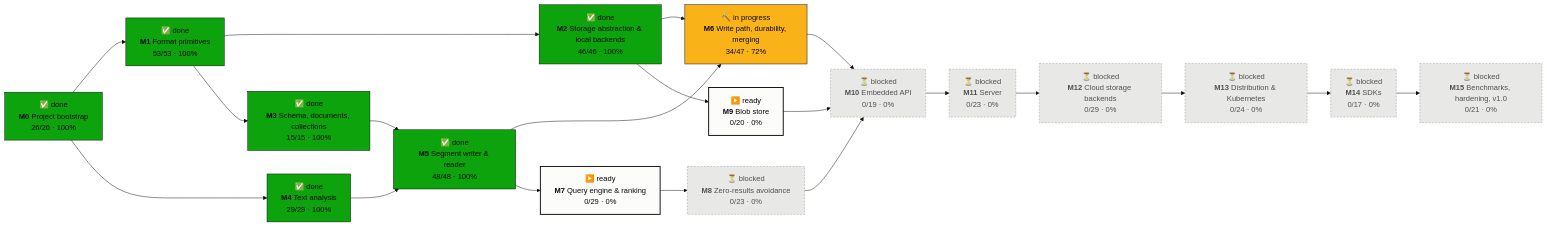
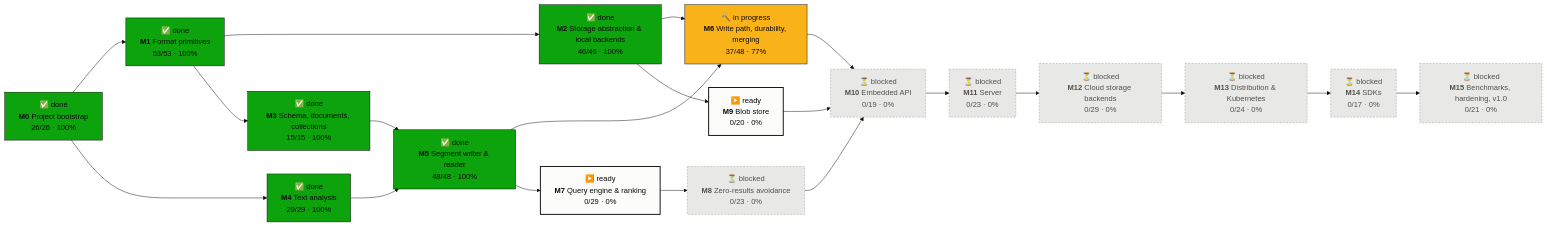
One commit to tomiok/persiaDB changed the first of 2 diagrams in PROGRESS.md. Above: the diagram before and after it, drawn with Mermaid (base theme). The commit also changed other lines of this file and 22 other files, not shown here.

First line of the commit message:
Schema change and drop through commit, emptied segments removed, verify exit codes (ROADMAP 6.3.10, 6.4.6, 6.6.7) (#45)

````diff
--- a/PROGRESS.md
+++ b/PROGRESS.md
@@ -16,42 +16,42 @@
 ```mermaid
 flowchart LR
   M0["✅ done<br/><b>M0</b> Project bootstrap<br/>26/26 · 100%"]:::done
   M1["✅ done<br/><b>M1</b> Format primitives<br/>53/53 · 100%"]:::done
   M2["✅ done<br/><b>M2</b> Storage abstraction & local backends<br/>46/46 · 100%"]:::done
   M3["✅ done<br/><b>M3</b> Schema, documents, collections<br/>15/15 · 100%"]:::done
   M4["✅ done<br/><b>M4</b> Text analysis<br/>29/29 · 100%"]:::done
   M5["✅ done<br/><b>M5</b> Segment writer & reader<br/>48/48 · 100%"]:::done
-  M6["🔨 in progress<br/><b>M6</b> Write path, durability, merging<br/>34/47 · 72%"]:::doing
+  M6["🔨 in progress<br/><b>M6</b> Write path, durability, merging<br/>37/48 · 77%"]:::doing
   M7["▶️ ready<br/><b>M7</b> Query engine & ranking<br/>0/29 · 0%"]:::ready
   M8["⏳ blocked<br/><b>M8</b> Zero-results avoidance<br/>0/23 · 0%"]:::blocked
   M9["▶️ ready<br/><b>M9</b> Blob store<br/>0/20 · 0%"]:::ready
   M10["⏳ blocked<br/><b>M10</b> Embedded API<br/>0/19 · 0%"]:::blocked
   M11["⏳ blocked<br/><b>M11</b> Server<br/>0/23 · 0%"]:::blocked
   M12["⏳ blocked<br/><b>M12</b> Cloud storage backends<br/>0/29 · 0%"]:::blocked
   M13["⏳ blocked<br/><b>M13</b> Distribution & Kubernetes<br/>0/24 · 0%"]:::blocked
   M14["⏳ blocked<br/><b>M14</b> SDKs<br/>0/17 · 0%"]:::blocked
   M15["⏳ blocked<br/><b>M15</b> Benchmarks, hardening, v1.0<br/>0/21 · 0%"]:::blocked
   M0 --> M1
   M1 --> M2
   M1 --> M3
   M0 --> M4
   M3 --> M5
   M4 --> M5
   M2 --> M6
   M5 --> M6
   M5 --> M7
   M7 --> M8
   M2 --> M9
   M6 --> M10
   M8 --> M10
   M9 --> M10
   M10 --> M11
   M11 --> M12
   M12 --> M13
   M13 --> M14
   M14 --> M15
   classDef done fill:#0ca30c,stroke:#0b0b0b,color:#0b0b0b
   classDef doing fill:#fab219,stroke:#0b0b0b,color:#0b0b0b
   classDef ready fill:#fcfcfb,stroke:#0b0b0b,stroke-width:2px,color:#0b0b0b
   classDef blocked fill:#e8e8e6,stroke:#9a9a96,stroke-dasharray:4 3,color:#52514e
 ```
````
